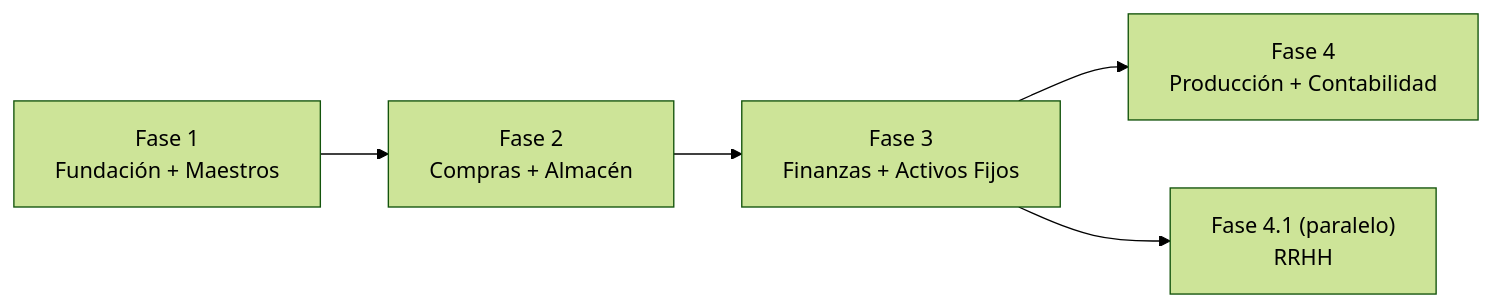
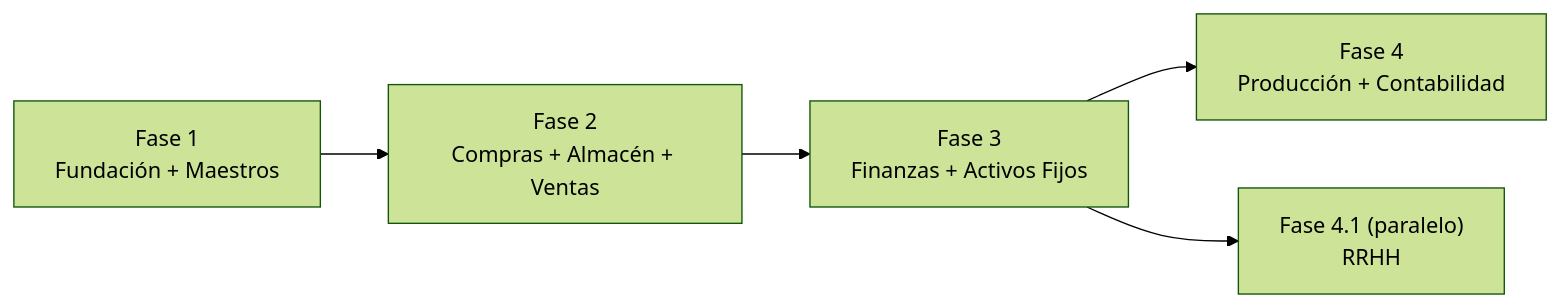
One commit to jramirezch1978/sigre_web changed the first of 13 diagrams in restaurante.pe/ROADMAP_RESTAURANT_PE.md. Above: the diagram before and after it, drawn with Mermaid (forest theme). The commit also changed other lines of this file and 1 other file, not shown here.

Commit message:
fix: Agregar modulo de Ventas a la vision y objetivo del roadmap - Seccion 1 no mencionaba Ventas en lista de dependencias ni diagrama de flujo

````diff
--- a/restaurante.pe/ROADMAP_RESTAURANT_PE.md
+++ b/restaurante.pe/ROADMAP_RESTAURANT_PE.md
@@ -21,7 +21,7 @@
 ```mermaid
 flowchart LR
-    A["Fase 1\nFundación + Maestros"] --> B["Fase 2\nCompras + Almacén"]
+    A["Fase 1\nFundación + Maestros"] --> B["Fase 2\nCompras + Almacén + Ventas"]
     B --> C["Fase 3\nFinanzas + Activos Fijos"]
     C --> D["Fase 4\nProducción + Contabilidad"]
     C --> E["Fase 4.1 (paralelo)\nRRHH"]
 ```
````
